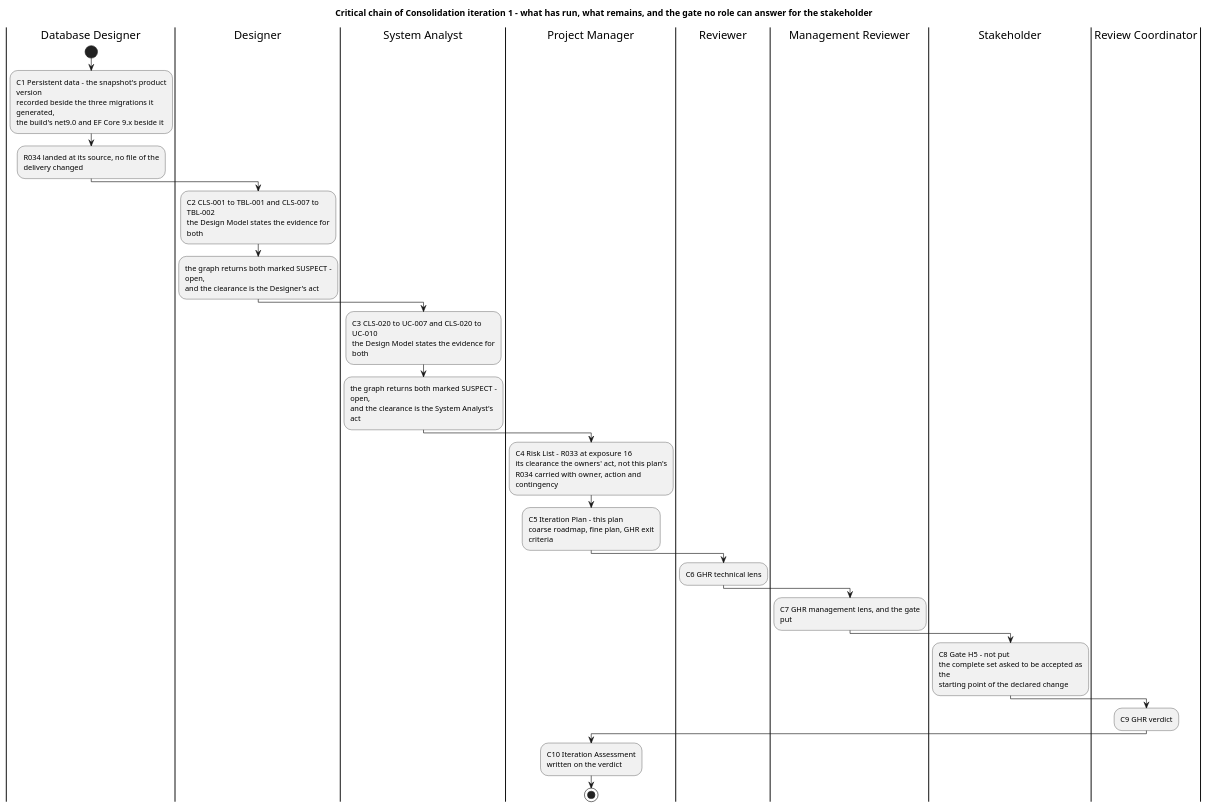
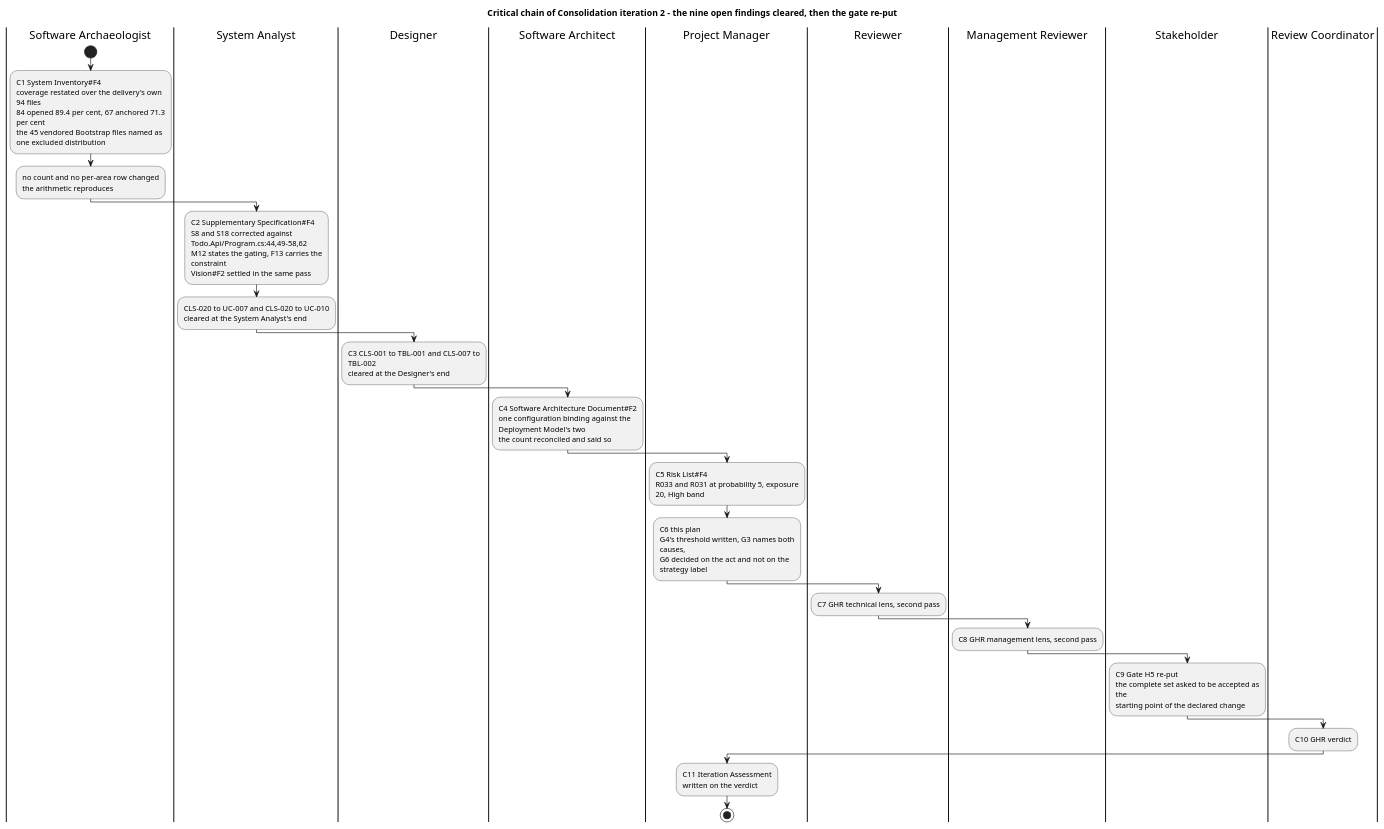
The third of 6 diagrams in docs/artifacts/project-management/iteration-plan.md (banense-test/TodoApp), drawn with PlantUML before and after one commit. The commit also changed other lines of this file, not shown here.

First line of the commit message:
Project Manager [Consolidation2]: upsert Iteration Plan

````diff
--- a/docs/artifacts/project-management/iteration-plan.md
+++ b/docs/artifacts/project-management/iteration-plan.md
@@ -136,52 +136,59 @@
 ```plantuml
 @startuml
-title Critical chain of Consolidation iteration 1 - what has run, what remains, and the gate no role can answer for the stakeholder
+title Critical chain of Consolidation iteration 2 - the nine open findings cleared, then the gate re-put
 skinparam shadowing false
-skinparam wrapWidth 245
+skinparam wrapWidth 250
 
-|Database Designer|
+|Software Archaeologist|
 start
-:C1 Persistent data - the snapshot's product version
-recorded beside the three migrations it generated,
-the build's net9.0 and EF Core 9.x beside it;
-:R034 landed at its source, no file of the delivery changed;
+:C1 System Inventory#F4
+coverage restated over the delivery's own 94 files
+84 opened 89.4 per cent, 67 anchored 71.3 per cent
+the 45 vendored Bootstrap files named as one excluded distribution;
+:no count and no per-area row changed
+the arithmetic reproduces;
+
+|System Analyst|
+:C2 Supplementary Specification#F4
+S8 and S18 corrected against Todo.Api/Program.cs:44,49-58,62
+M12 states the gating, F13 carries the constraint
+Vision#F2 settled in the same pass;
+:CLS-020 to UC-007 and CLS-020 to UC-010
+cleared at the System Analyst's end;
 
 |Designer|
-:C2 CLS-001 to TBL-001 and CLS-007 to TBL-002
-the Design Model states the evidence for both;
-:the graph returns both marked SUSPECT - open,
-and the clearance is the Designer's act;
+:C3 CLS-001 to TBL-001 and CLS-007 to TBL-002
+cleared at the Designer's end;
 
-|System Analyst|
-:C3 CLS-020 to UC-007 and CLS-020 to UC-010
-the Design Model states the evidence for both;
-:the graph returns both marked SUSPECT - open,
-and the clearance is the System Analyst's act;
+|Software Architect|
+:C4 Software Architecture Document#F2
+one configuration binding against the Deployment Model's two
+the count reconciled and said so;
 
 |Project Manager|
-:C4 Risk List - R033 at exposure 16
-its clearance the owners' act, not this plan's
-R034 carried with owner, action and contingency;
-:C5 Iteration Plan - this plan
-coarse roadmap, fine plan, GHR exit criteria;
+:C5 Risk List#F4
+R033 and R031 at probability 5, exposure 20, High band;
+:C6 this plan
+G4's threshold written, G3 names both causes,
+G6 decided on the act and not on the strategy label;
 
 |Reviewer|
-:C6 GHR technical lens;
+:C7 GHR technical lens, second pass;
 
 |Management Reviewer|
-:C7 GHR management lens, and the gate put;
+:C8 GHR management lens, second pass;
 
 |Stakeholder|
-:C8 Gate H5 - not put
+:C9 Gate H5 re-put
 the complete set asked to be accepted as the
 starting point of the declared change;
 
 |Review Coordinator|
-:C9 GHR verdict;
+:C10 GHR verdict;
 
 |Project Manager|
-:C10 Iteration Assessment
+:C11 Iteration Assessment
 written on the verdict;
 stop
 @enduml
 ```
````
